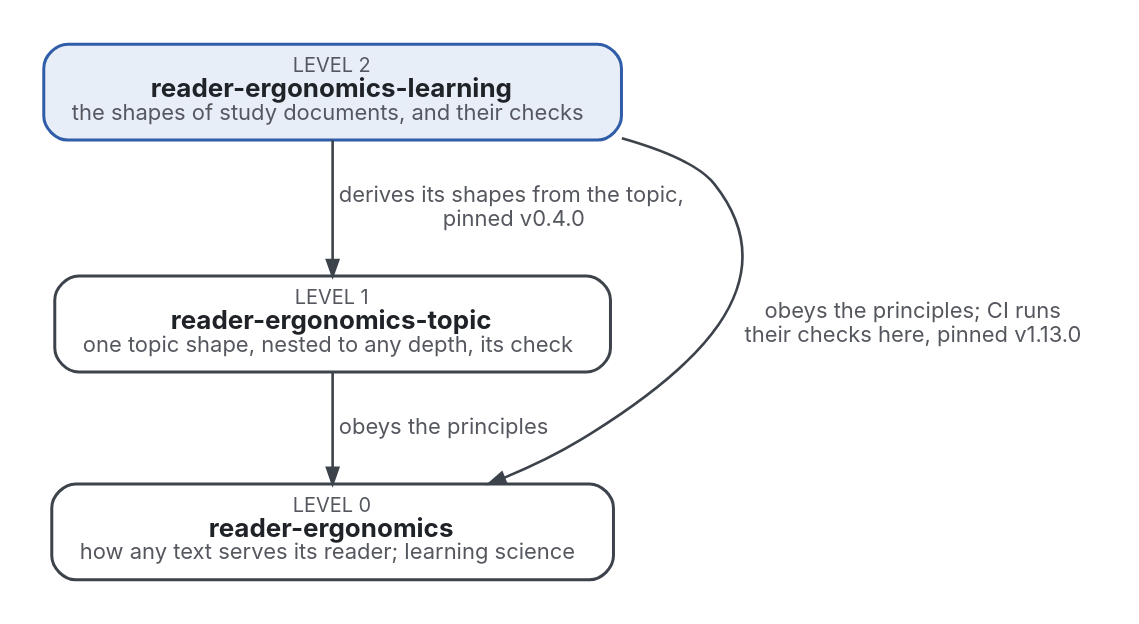
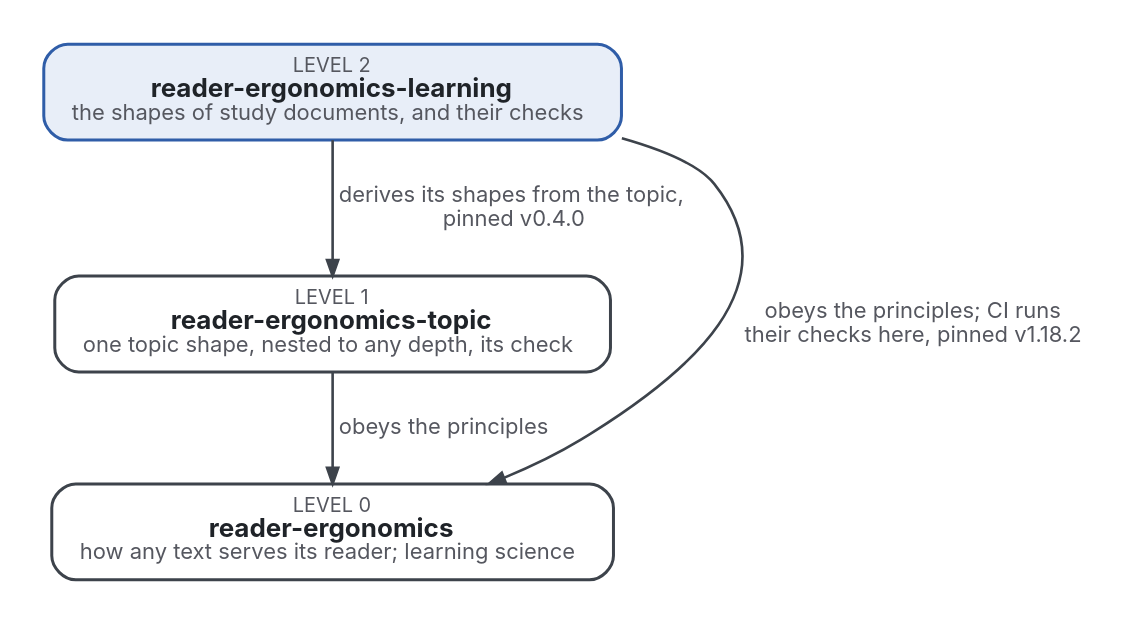
One commit to Tewf/reader-ergonomics-learning changed the diagram in where-it-sits.dot. Above: the diagram before and after it, drawn with Graphviz. The commit also changed 32 other files, not shown here.

```diff
--- a/where-it-sits.dot
+++ b/where-it-sits.dot
@@ -1,11 +1,11 @@
 digraph levels {
   graph [rankdir=TB, nodesep=0.6, ranksep=0.6, bgcolor="white", pad=0.2, fontname="Inter"];
   node  [shape=box, style="rounded,filled", fontname="Inter", fontsize=13, margin="0.2,0.1", penwidth=1.5, fontcolor="#1F2328"];
   edge  [fontname="Inter", fontsize=11, color="#3D434B", fontcolor="#55575F", penwidth=1.3, arrowsize=0.8];
   L [label=<<font point-size="10" color="#55575F">LEVEL 2</font><br/><b>reader-ergonomics-learning</b><br/><font point-size="11" color="#55575F">the shapes of study documents, and their checks</font>>, fillcolor="#E8EEF8", color="#2F5DA8"];
   T [label=<<font point-size="10" color="#55575F">LEVEL 1</font><br/><b>reader-ergonomics-topic</b><br/><font point-size="11" color="#55575F">one topic shape, nested to any depth, its check</font>>, fillcolor="#FFFFFF", color="#3D434B"];
   R [label=<<font point-size="10" color="#55575F">LEVEL 0</font><br/><b>reader-ergonomics</b><br/><font point-size="11" color="#55575F">how any text serves its reader; learning science</font>>, fillcolor="#FFFFFF", color="#3D434B"];
   L -> T [label=<  derives its shapes from the topic,<br/>  pinned v0.4.0>];
   T -> R [label=<  obeys the principles>];
-  L -> R [label=<  obeys the principles; CI runs<br/>  their checks here, pinned v1.13.0>, constraint=false];
+  L -> R [label=<  obeys the principles; CI runs<br/>  their checks here, pinned v1.18.2>, constraint=false];
 }
```
